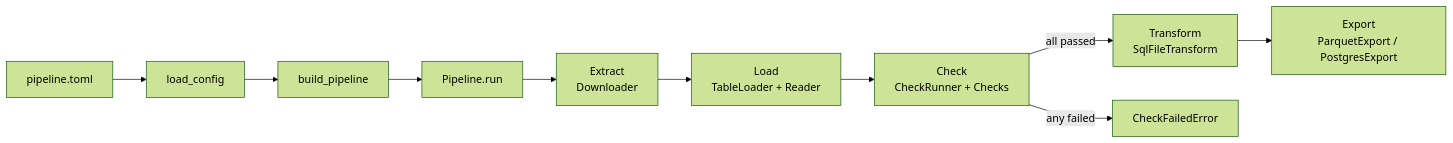
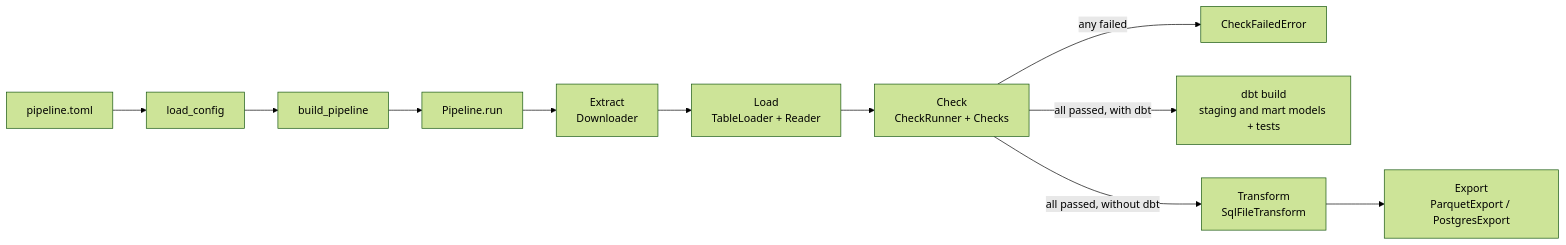
The diagram in docs/design.md (NickMagnemi/nyc-airbnb-analysis), drawn with Mermaid (forest theme) before and after one commit. The commit also changed other lines of this file and 13 other files, not shown here.

````diff
--- a/docs/design.md
+++ b/docs/design.md
@@ -7,12 +9,13 @@
 ```mermaid
 flowchart LR
     toml[pipeline.toml] --> config[load_config]
     config --> build[build_pipeline]
     build --> P[Pipeline.run]
     P --> E[Extract<br>Downloader]
     E --> L[Load<br>TableLoader + Reader]
     L --> C[Check<br>CheckRunner + Checks]
-    C -->|all passed| T[Transform<br>SqlFileTransform]
     C -->|any failed| stop[CheckFailedError]
+    C -->|all passed, with dbt| D[dbt build<br>staging and mart models + tests]
+    C -->|all passed, without dbt| T[Transform<br>SqlFileTransform]
     T --> O[Export<br>ParquetExport / PostgresExport]
 ```
````
